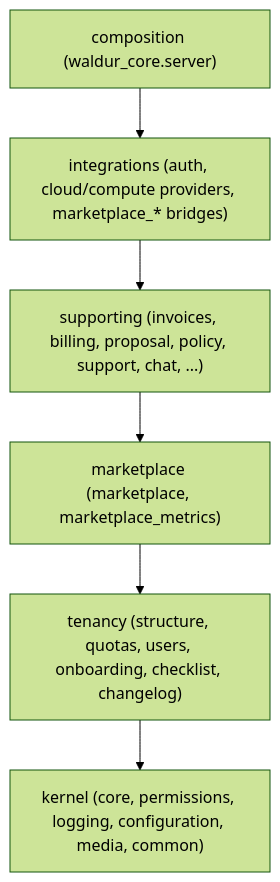
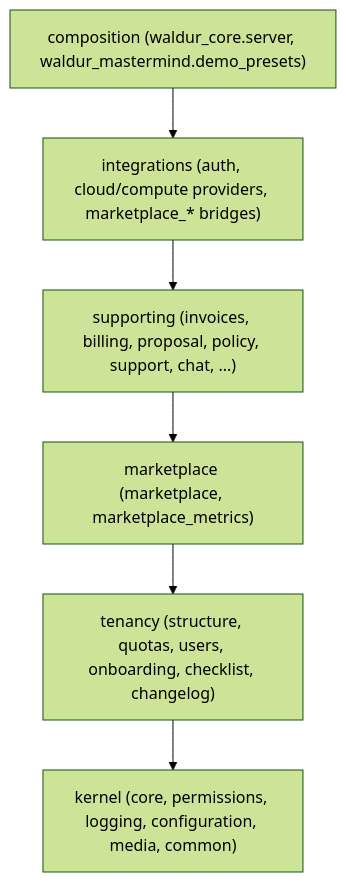
Before and after one commit to waldur/waldur-mastermind: the diagram in docs/guides/modularization.md, drawn with Mermaid (forest theme). The commit also changed other lines of this file and 111 other files, not shown here.

Commit message:
Phase 2, Wave 4: Extract demo_presets and decouple 9 marketplace upward edges [#1354]

````diff
--- a/docs/guides/modularization.md
+++ b/docs/guides/modularization.md
@@ -57,15 +57,15 @@
 ```mermaid
 flowchart TD
-    composition["composition (waldur_core.server)"]
+    composition["composition (waldur_core.server, waldur_mastermind.demo_presets)"]
     integrations["integrations (auth, cloud/compute providers, marketplace_* bridges)"]
     supporting["supporting (invoices, billing, proposal, policy, support, chat, ...)"]
     marketplace["marketplace (marketplace, marketplace_metrics)"]
     tenancy["tenancy (structure, quotas, users, onboarding, checklist, changelog)"]
     kernel["kernel (core, permissions, logging, configuration, media, common)"]
 
     composition --> integrations
     integrations --> supporting
     supporting --> marketplace
     marketplace --> tenancy
     tenancy --> kernel
 ```
````
